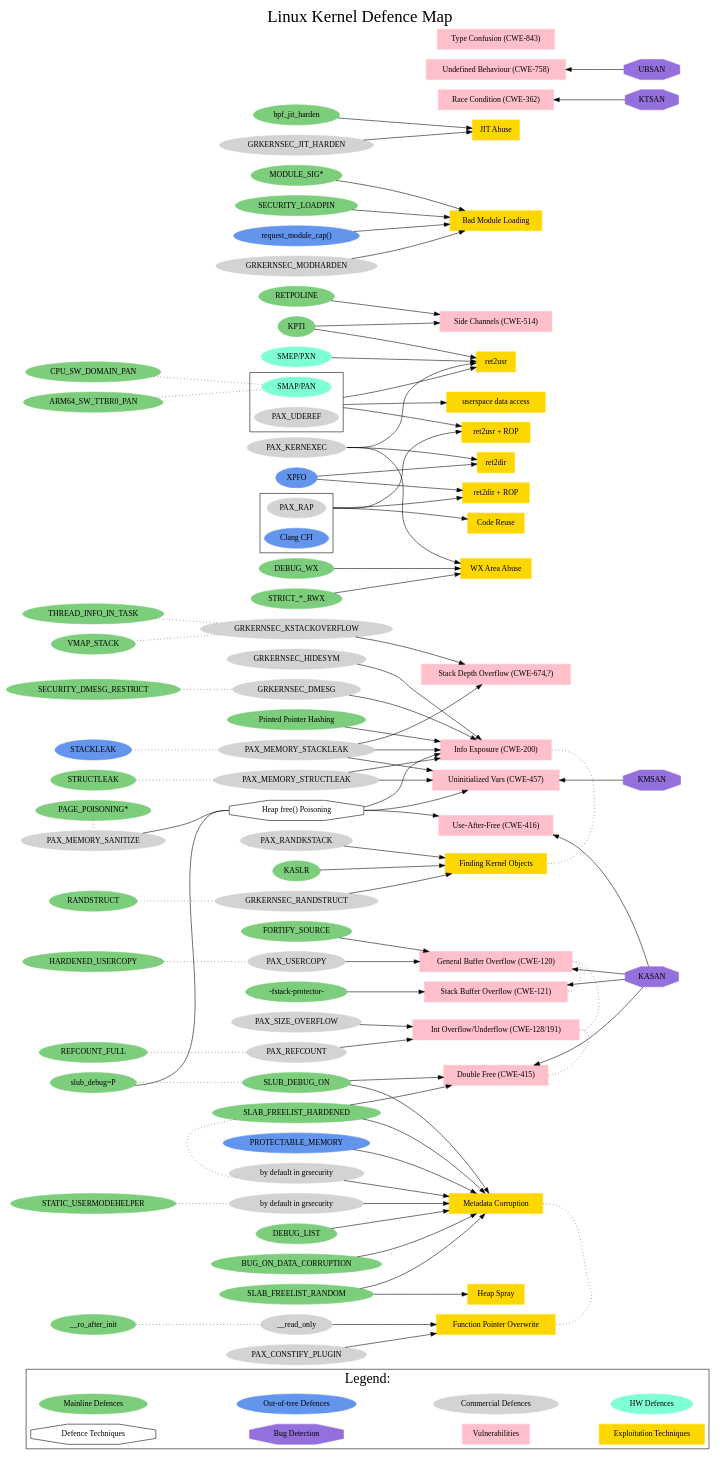
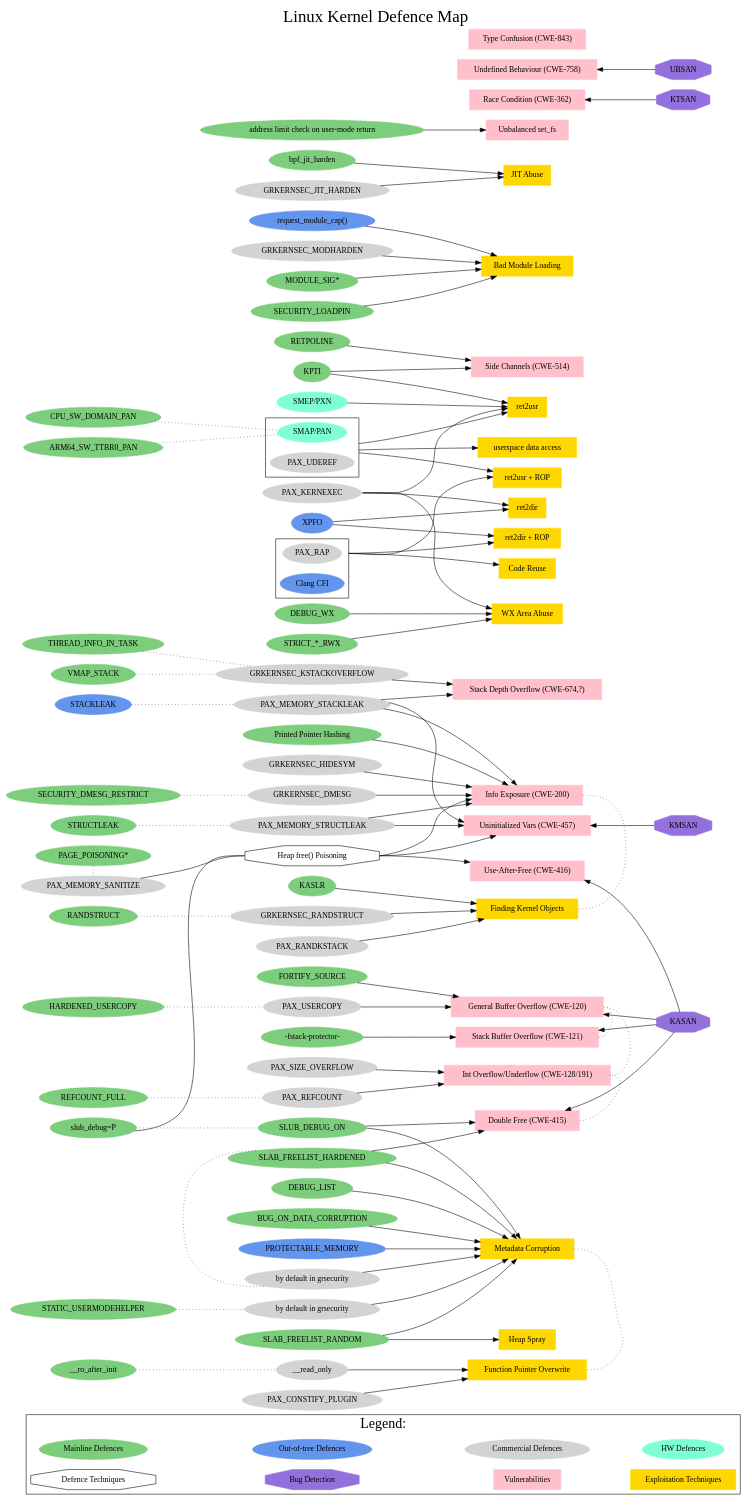
One commit to a13xp0p0v/linux-kernel-defence-map changed the diagram in linux-kernel-defence-map.dot. Above: the diagram before and after it, drawn with Graphviz. The commit also changed 1 other file, not shown here.

Commit message:
Add address limit check on user-mode return which detects unbalanced set_fs issues

```diff
--- a/linux-kernel-defence-map.dot
+++ b/linux-kernel-defence-map.dot
@@ -85,6 +85,7 @@
     "SECURITY_LOADPIN";
     "RETPOLINE";
     "bpf_jit_harden";
+    "address limit check on user-mode return";  // Arch specific, e.g, https://patchwork.kernel.org/patch/9787781/
 
     // Out-of-tree Defences
     node [shape=oval, color=cornflowerblue];
@@ -196,6 +197,7 @@
     "Undefined Behaviour (CWE-758)";
     "Type Confusion (CWE-843)";
     "Side Channels (CWE-514)";
+    "Unbalanced set_fs";
 
     // Exploitation Techniques
     node [shape=box, color=gold];
@@ -324,4 +326,6 @@
   "MODULE_SIG*" -> "Bad Module Loading";
   "SECURITY_LOADPIN" -> "Bad Module Loading";
   "request_module_cap()" -> "Bad Module Loading";
+
+  "address limit check on user-mode return" -> "Unbalanced set_fs";
 }
```
